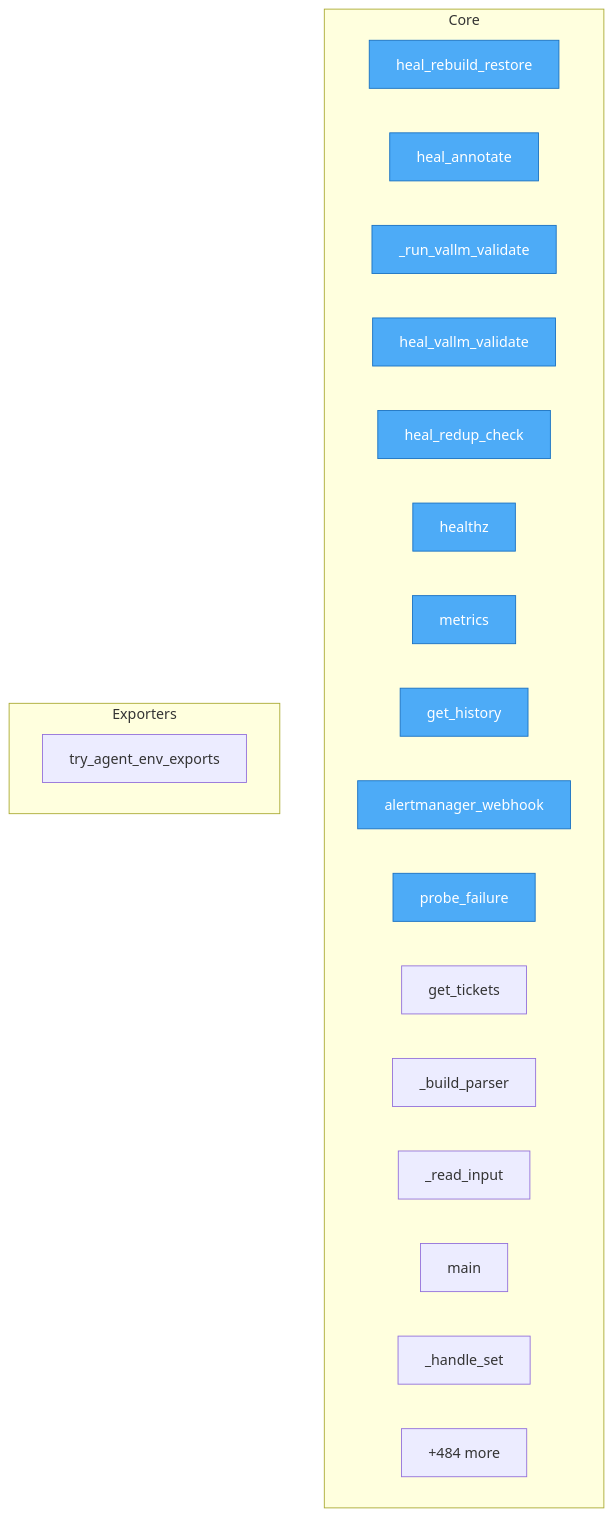
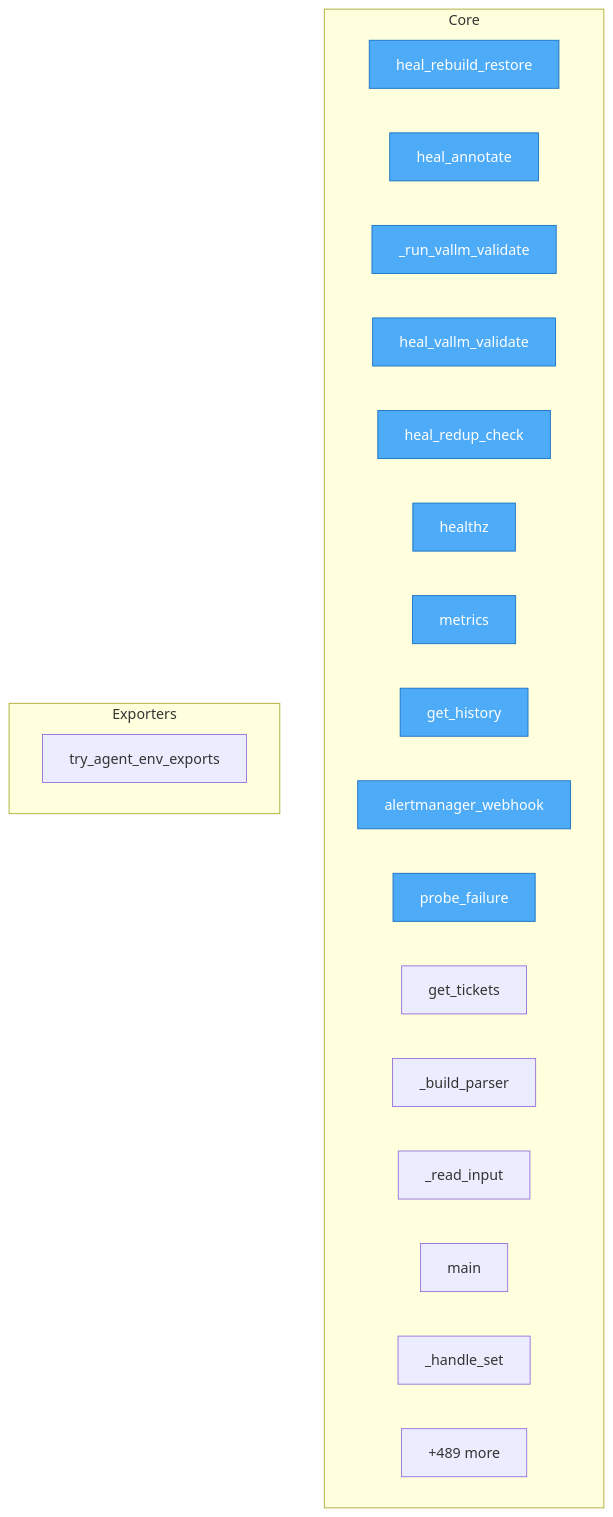
One commit to semcod/koru changed the diagram in project/flow.mmd. Above: the diagram before and after it, drawn with Mermaid. The commit also changed 33 other files, not shown here.

```diff
--- a/project/flow.mmd
+++ b/project/flow.mmd
@@ -1,30 +1,30 @@
 flowchart TD
-%% generated in 0.03s
+%% generated in 0.06s
 
     %% Entry points (blue)
     classDef entry fill:#4dabf7,stroke:#1971c2,color:#fff
 
     subgraph Core
         services__healing_webhook__app__heal_rebuild_restore["heal_rebuild_restore"]
         services__healing_webhook__app__heal_annotate["heal_annotate"]
         services__healing_webhook__app___run_vallm_validate["_run_vallm_validate"]
         services__healing_webhook__app__heal_vallm_validate["heal_vallm_validate"]
         services__healing_webhook__app__heal_redup_check["heal_redup_check"]
         services__healing_webhook__app__healthz["healthz"]
         services__healing_webhook__app__metrics["metrics"]
         services__healing_webhook__app__get_history["get_history"]
         services__healing_webhook__app__alertmanager_webhook["alertmanager_webhook"]
         services__healing_webhook__app__probe_failure["probe_failure"]
         services__healing_webhook__app__get_tickets["get_tickets"]
         src__korudsl__cli___build_parser["_build_parser"]
         src__korudsl__cli___read_input["_read_input"]
         src__korudsl__cli__main["main"]
         src__korudsl__library___handle_set["_handle_set"]
-        ...["+484 more"]
+        ...["+489 more"]
     end
 
     subgraph Exporters
         src__koru__agent_cli_helpers__try_agent_env_exports["try_agent_env_exports"]
     end
 
     class services__healing_webhook__app__heal_rebuild_restore,services__healing_webhook__app__heal_annotate,services__healing_webhook__app___run_vallm_validate,services__healing_webhook__app__heal_vallm_validate,services__healing_webhook__app__heal_redup_check,services__healing_webhook__app__healthz,services__healing_webhook__app__metrics,services__healing_webhook__app__get_history,services__healing_webhook__app__alertmanager_webhook,services__healing_webhook__app__probe_failure entry
```
